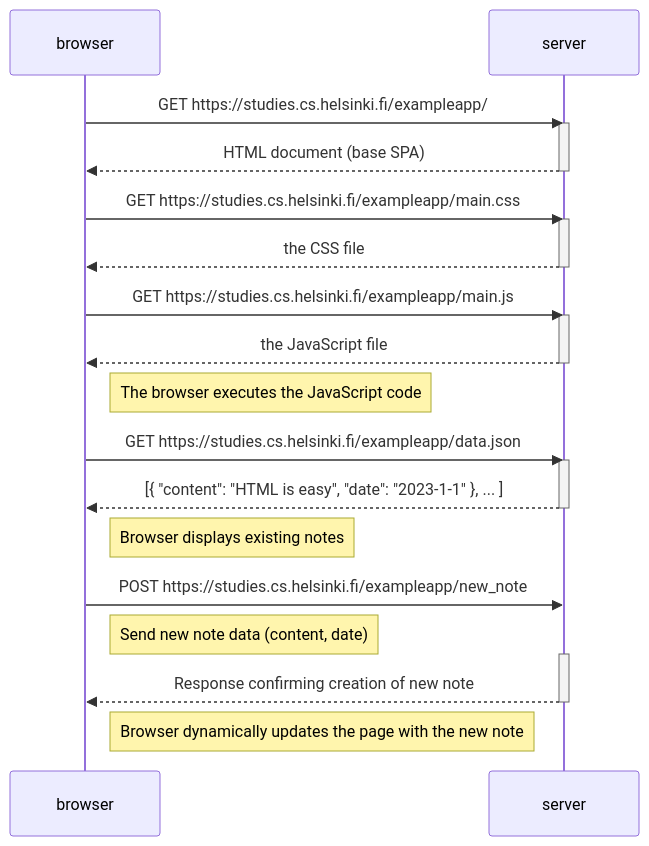
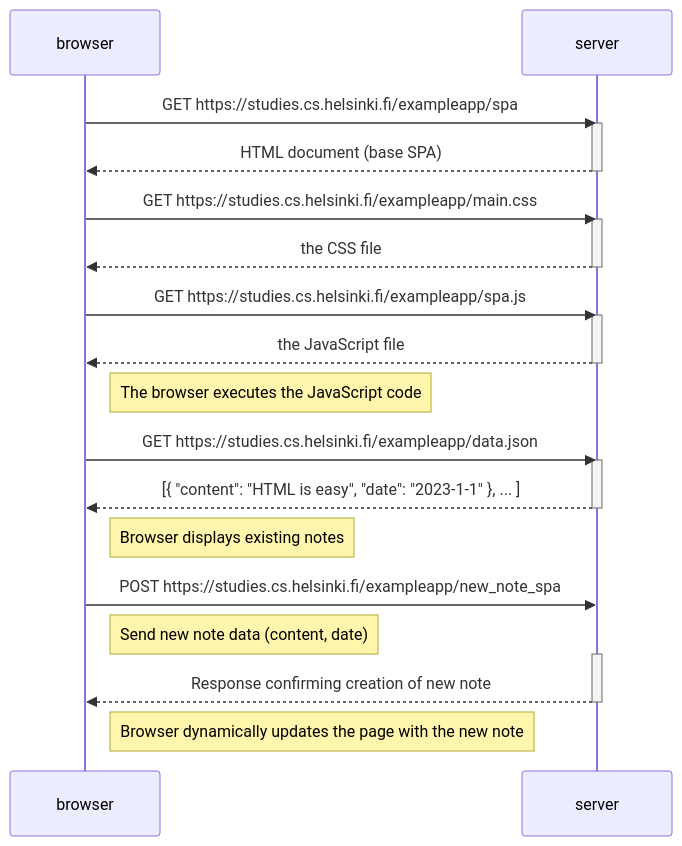
The diagram in 0.6.mermaid (Valunaga1012/-part0), drawn with Mermaid before and after one commit.

Commit message:
diagrama 3

```diff
--- a/0.6.mermaid
+++ b/0.6.mermaid
@@ -1,35 +1,35 @@
 sequenceDiagram
     participant browser
     participant server
 
-    browser->>server: GET https://studies.cs.helsinki.fi/exampleapp/
+    browser->>server: GET https://studies.cs.helsinki.fi/exampleapp/spa
     activate server
     server-->>browser: HTML document (base SPA)
     deactivate server
 
     browser->>server: GET https://studies.cs.helsinki.fi/exampleapp/main.css
     activate server
     server-->>browser: the CSS file
     deactivate server
 
-    browser->>server: GET https://studies.cs.helsinki.fi/exampleapp/main.js
+    browser->>server: GET https://studies.cs.helsinki.fi/exampleapp/spa.js
     activate server
     server-->>browser: the JavaScript file
     deactivate server
 
     Note right of browser: The browser executes the JavaScript code
 
     browser->>server: GET https://studies.cs.helsinki.fi/exampleapp/data.json
     activate server
     server-->>browser: [{ "content": "HTML is easy", "date": "2023-1-1" }, ... ]
     deactivate server
 
     Note right of browser: Browser displays existing notes
 
-    browser->>server: POST https://studies.cs.helsinki.fi/exampleapp/new_note
+    browser->>server: POST https://studies.cs.helsinki.fi/exampleapp/new_note_spa
     Note right of browser: Send new note data (content, date)
     activate server
     server-->>browser: Response confirming creation of new note
     deactivate server
 
     Note right of browser: Browser dynamically updates the page with the new note
```
